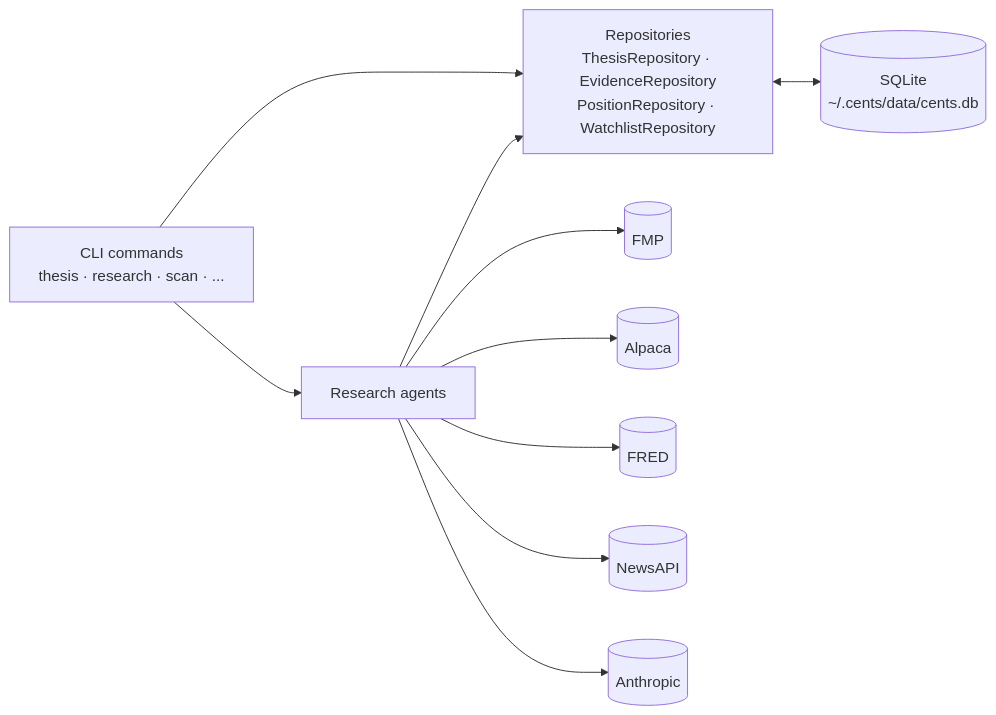
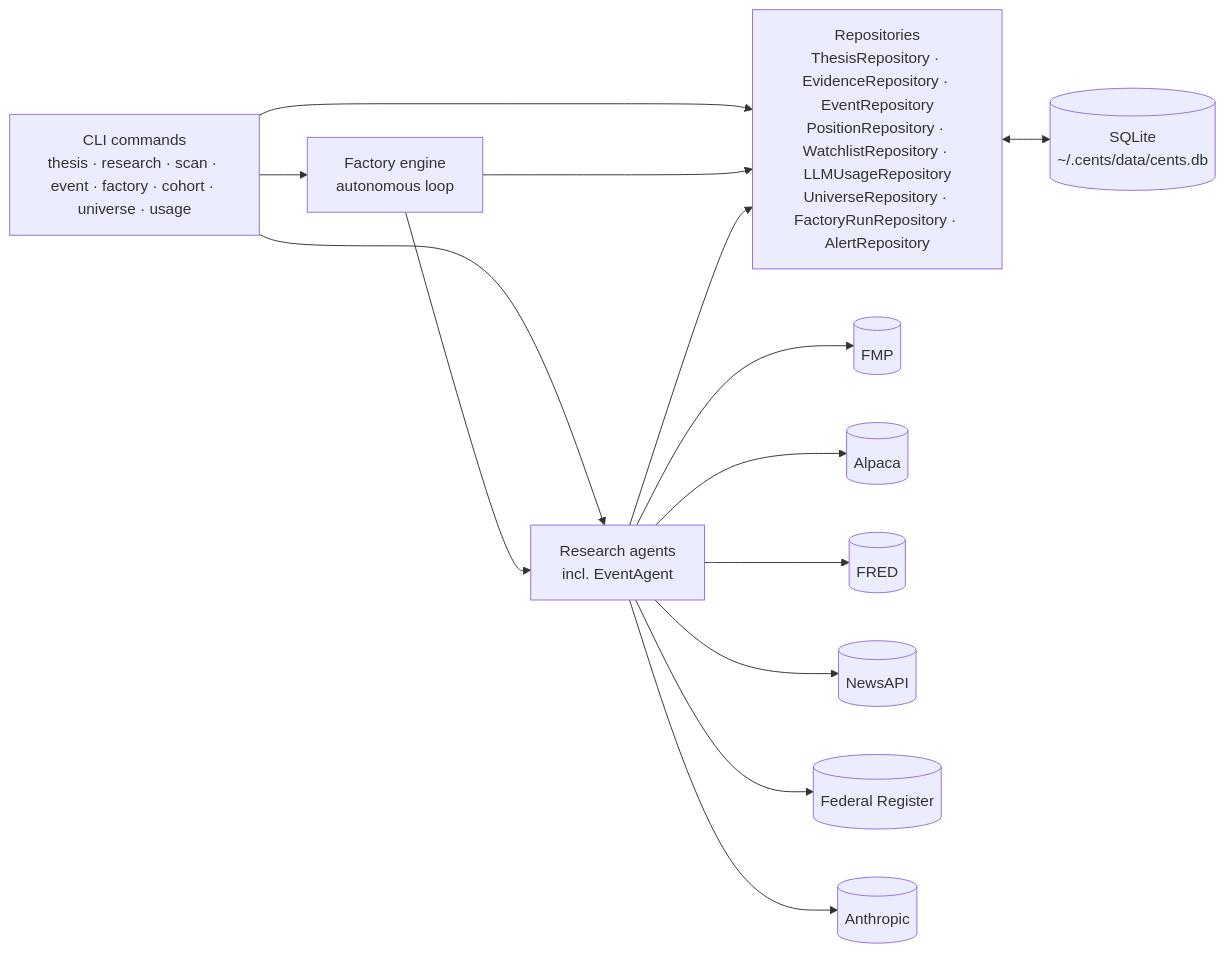
One commit to wolfbane/cents changed the first of 5 diagrams in website/src/content/docs/architecture.mdx. Above: the diagram before and after it, drawn with Mermaid. The commit also changed other lines of this file and 9 other files, not shown here.

First line of the commit message:
docs(website): regime-aware operating principle + factory/cohort/events concept pages

````diff
--- a/website/src/content/docs/architecture.mdx
+++ b/website/src/content/docs/architecture.mdx
@@ -16,22 +17,28 @@
 ```mermaid
 flowchart LR
-  CLI[CLI commands<br/>thesis · research · scan · ...]
-  Repo[Repositories<br/>ThesisRepository · EvidenceRepository<br/>PositionRepository · WatchlistRepository]
+  CLI[CLI commands<br/>thesis · research · scan · event · factory · cohort · universe · usage]
+  Repo[Repositories<br/>ThesisRepository · EvidenceRepository · EventRepository<br/>PositionRepository · WatchlistRepository · LLMUsageRepository<br/>UniverseRepository · FactoryRunRepository · AlertRepository]
   DB[(SQLite<br/>~/.cents/data/cents.db)]
-  Agents[Research agents]
+  Agents[Research agents<br/>incl. EventAgent]
+  Factory[Factory engine<br/>autonomous loop]
   FMP[(FMP)]
   Alpaca[(Alpaca)]
   FRED[(FRED)]
   News[(NewsAPI)]
+  FedReg[(Federal Register)]
   Anthropic[(Anthropic)]
 
   CLI --> Repo
   Repo <--> DB
   CLI --> Agents
+  CLI --> Factory
+  Factory --> Agents
+  Factory --> Repo
   Agents --> FMP
   Agents --> Alpaca
   Agents --> FRED
   Agents --> News
+  Agents --> FedReg
   Agents --> Anthropic
   Agents --> Repo
 ```
````
